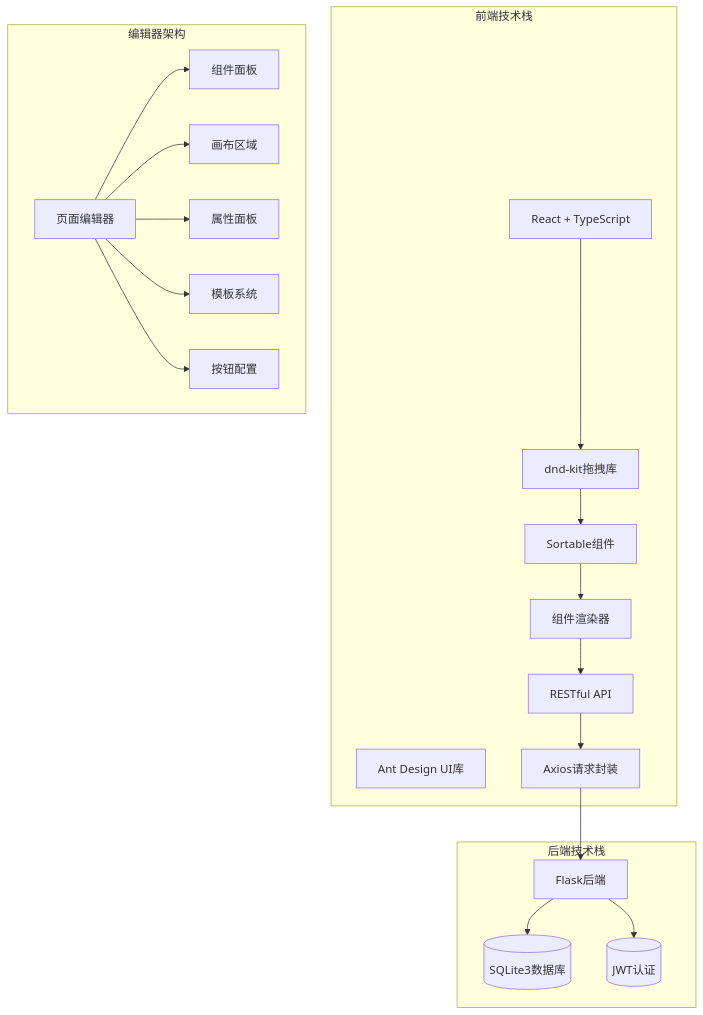
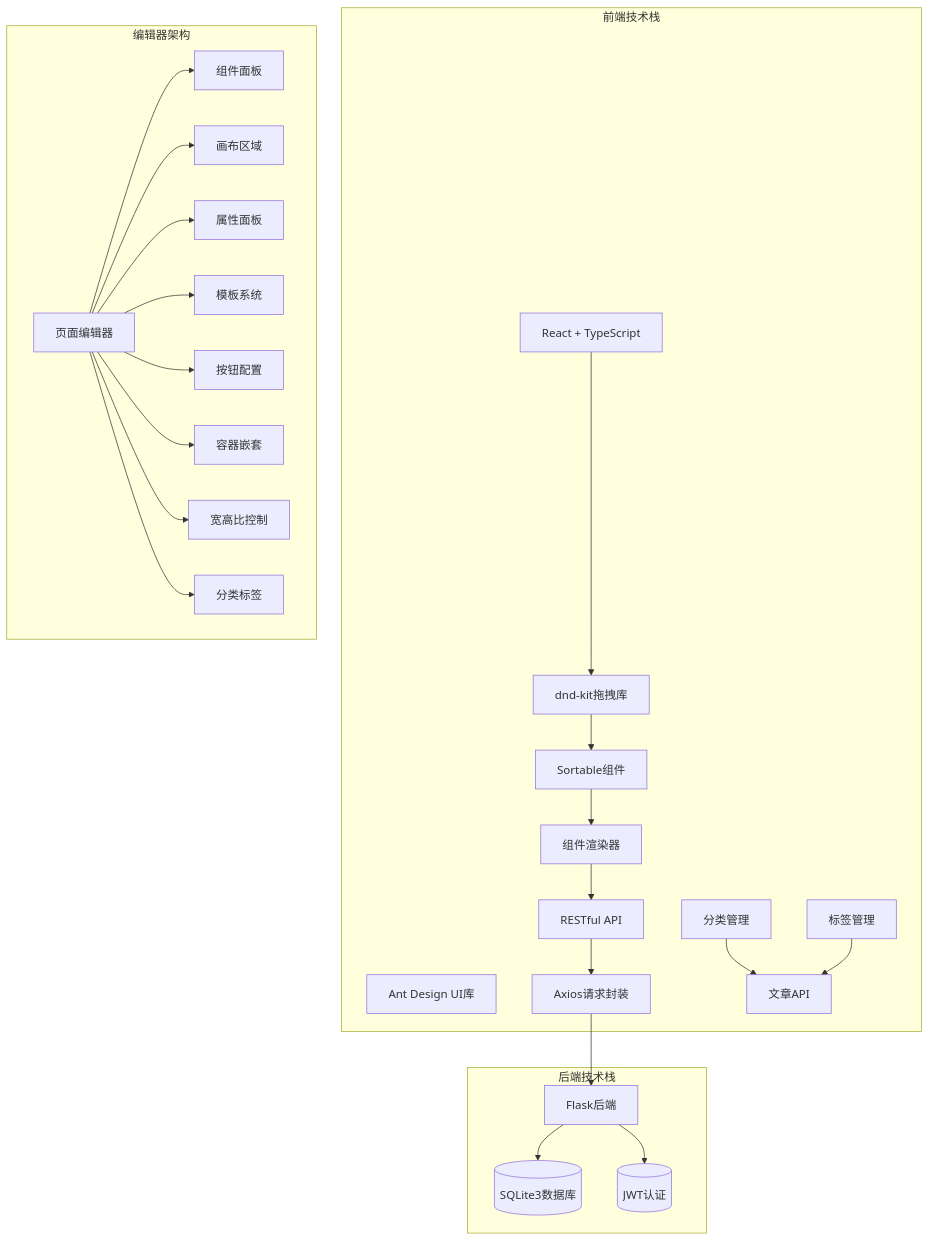
Before and after one commit to wyg5208/website_diy: the first of 10 diagrams in .qoder/repowiki/zh/content/前端组件系统/拖拽编辑器.md, drawn with Mermaid. The commit also changed other lines of this file and 109 other files, not shown here.

````diff
--- a/.qoder/repowiki/zh/content/前端组件系统/拖拽编辑器.md
+++ b/.qoder/repowiki/zh/content/前端组件系统/拖拽编辑器.md
@@ -40,39 +44,50 @@
 ```mermaid
 graph TB
 subgraph "前端技术栈"
 FE[React + TypeScript]
 AntD[Ant Design UI库]
 DnDKit[dnd-kit拖拽库]
 Sortable[Sortable组件]
 Renderer[组件渲染器]
 API[API接口层]
 Request[Axios请求封装]
+Categories[分类管理]
+Tags[标签管理]
+Posts[文章API]
 end
 subgraph "后端技术栈"
 BE[Flask后端]
 API[RESTful API]
 DB[(SQLite3数据库)]
 Auth[(JWT认证)]
 end
 subgraph "编辑器架构"
 Editor[页面编辑器]
 Panel[组件面板]
 Canvas[画布区域]
 Props[属性面板]
 Template[模板系统]
 ButtonConfig[按钮配置]
+ContainerNesting[容器嵌套]
+AspectRatio[宽高比控制]
+CategoryTag[分类标签]
 end
 FE --> DnDKit
 DnDKit --> Sortable
 Sortable --> Renderer
 Renderer --> API
 API --> Request
 Request --> BE
 BE --> DB
 BE --> Auth
 Editor --> Panel
 Editor --> Canvas
 Editor --> Props
 Editor --> Template
 Editor --> ButtonConfig
+Editor --> ContainerNesting
+Editor --> AspectRatio
+Editor --> CategoryTag
+Categories --> Posts
+Tags --> Posts
 ```
````
